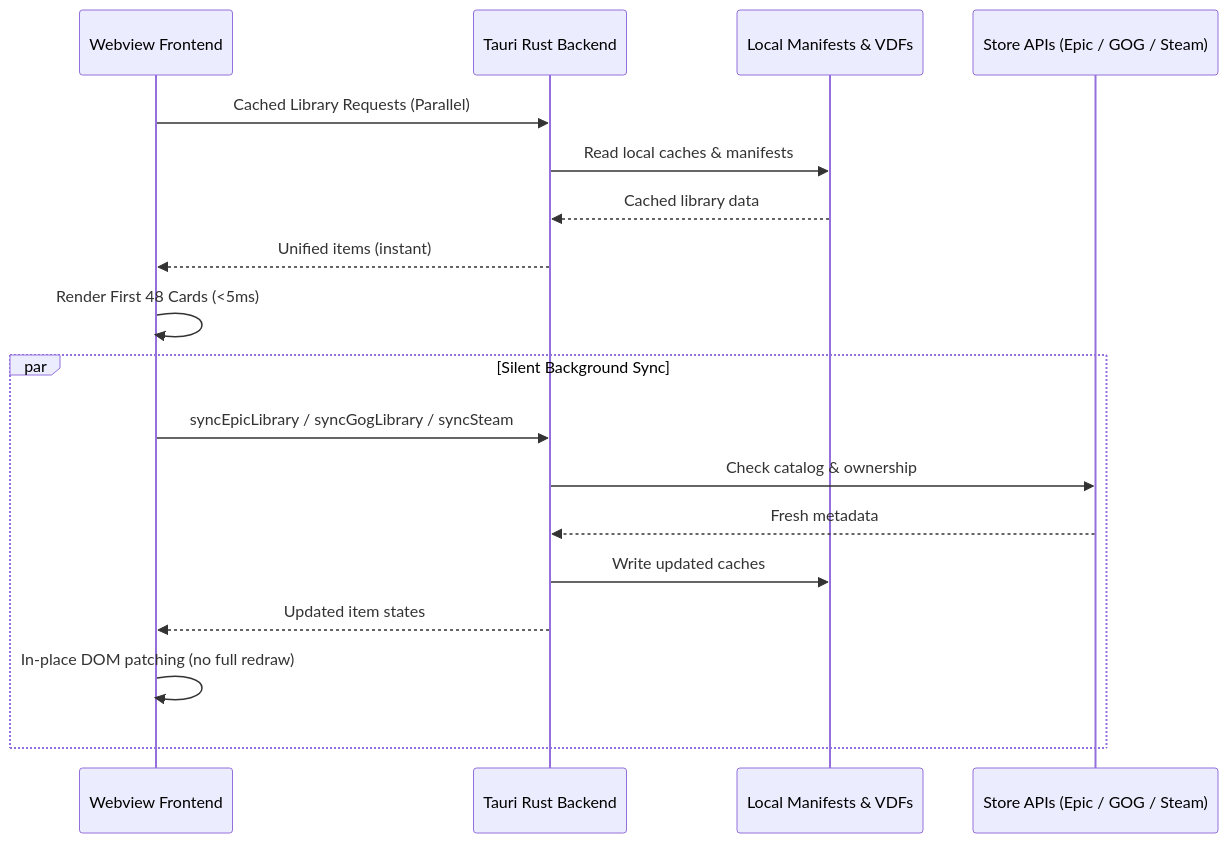
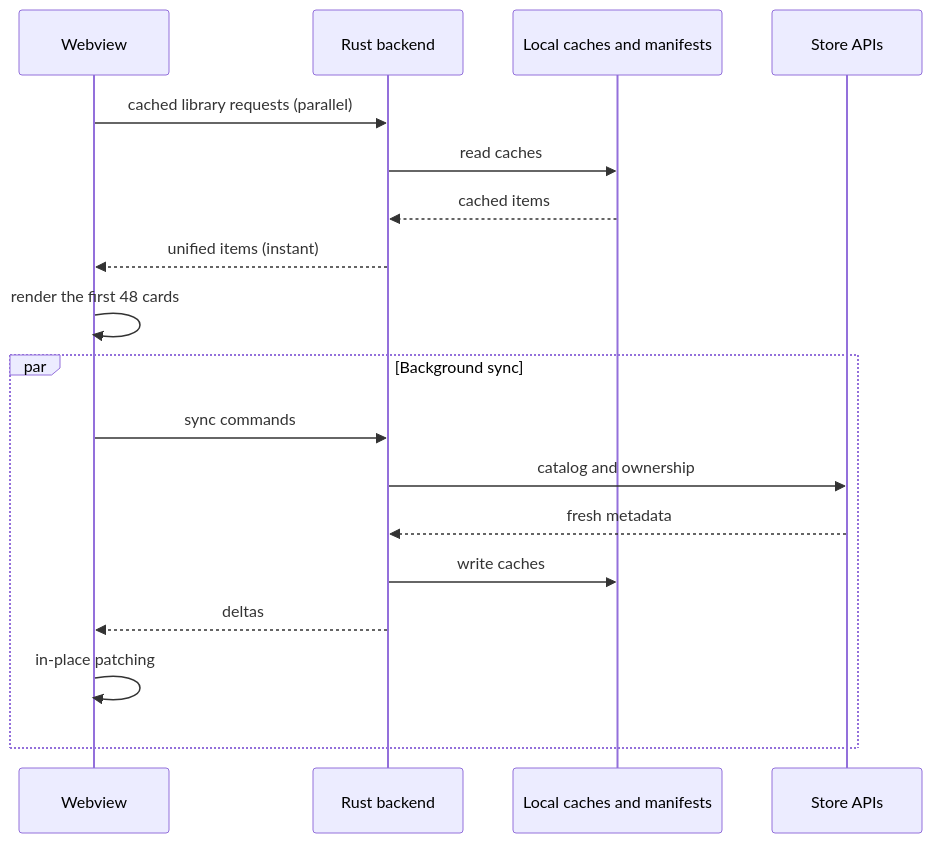
Before and after one commit to efxlve/efxlve_launcher: the second of 2 diagrams in ARCHITECTURE.md, drawn with Mermaid. The commit also changed other lines of this file, not shown here.

Commit message:
docs: describe the backend modules the tree actually has

````diff
--- a/ARCHITECTURE.md
+++ b/ARCHITECTURE.md
@@ -75,22 +210,22 @@
 ```mermaid
 sequenceDiagram
-    participant UI as Webview Frontend
-    participant Rust as Tauri Rust Backend
-    participant Disk as Local Manifests & VDFs
-    participant Remote as Store APIs (Epic / GOG / Steam)
+    participant UI as Webview
+    participant Rust as Rust backend
+    participant Disk as Local caches and manifests
+    participant Remote as Store APIs
 
-    UI->>Rust: Cached Library Requests (Parallel)
-    Rust->>Disk: Read local caches & manifests
-    Disk-->>Rust: Cached library data
-    Rust-->>UI: Unified items (instant)
-    UI->>UI: Render First 48 Cards (<5ms)
+    UI->>Rust: cached library requests (parallel)
+    Rust->>Disk: read caches
+    Disk-->>Rust: cached items
+    Rust-->>UI: unified items (instant)
+    UI->>UI: render the first 48 cards
 
-    par Silent Background Sync
-        UI->>Rust: syncEpicLibrary / syncGogLibrary / syncSteam
-        Rust->>Remote: Check catalog & ownership
-        Remote-->>Rust: Fresh metadata
-        Rust->>Disk: Write updated caches
-        Rust-->>UI: Updated item states
-        UI->>UI: In-place DOM patching (no full redraw)
+    par Background sync
+        UI->>Rust: sync commands
+        Rust->>Remote: catalog and ownership
+        Remote-->>Rust: fresh metadata
+        Rust->>Disk: write caches
+        Rust-->>UI: deltas
+        UI->>UI: in-place patching
     end
 ```
````
